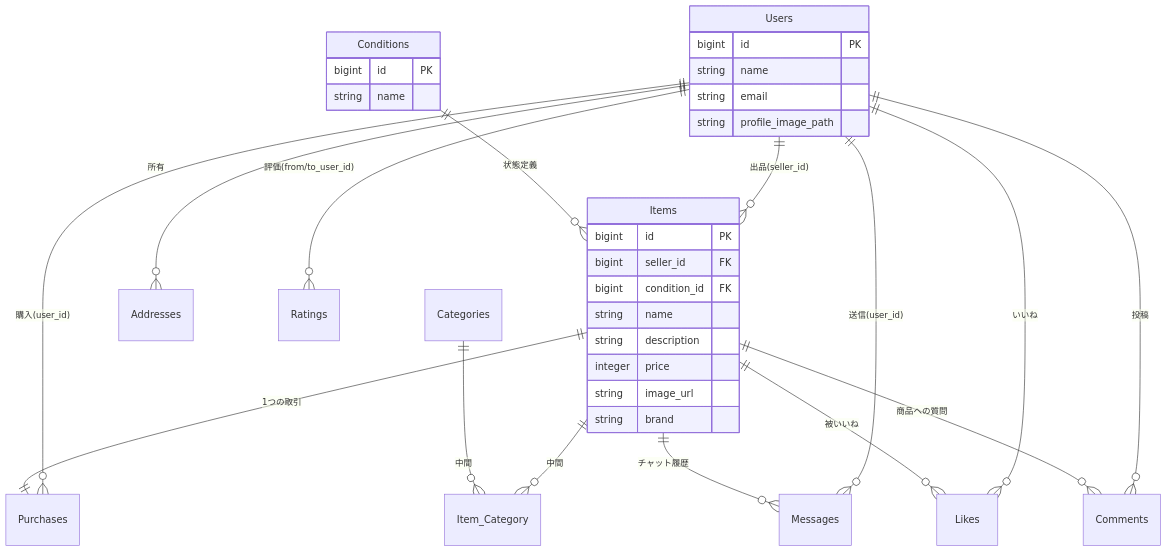
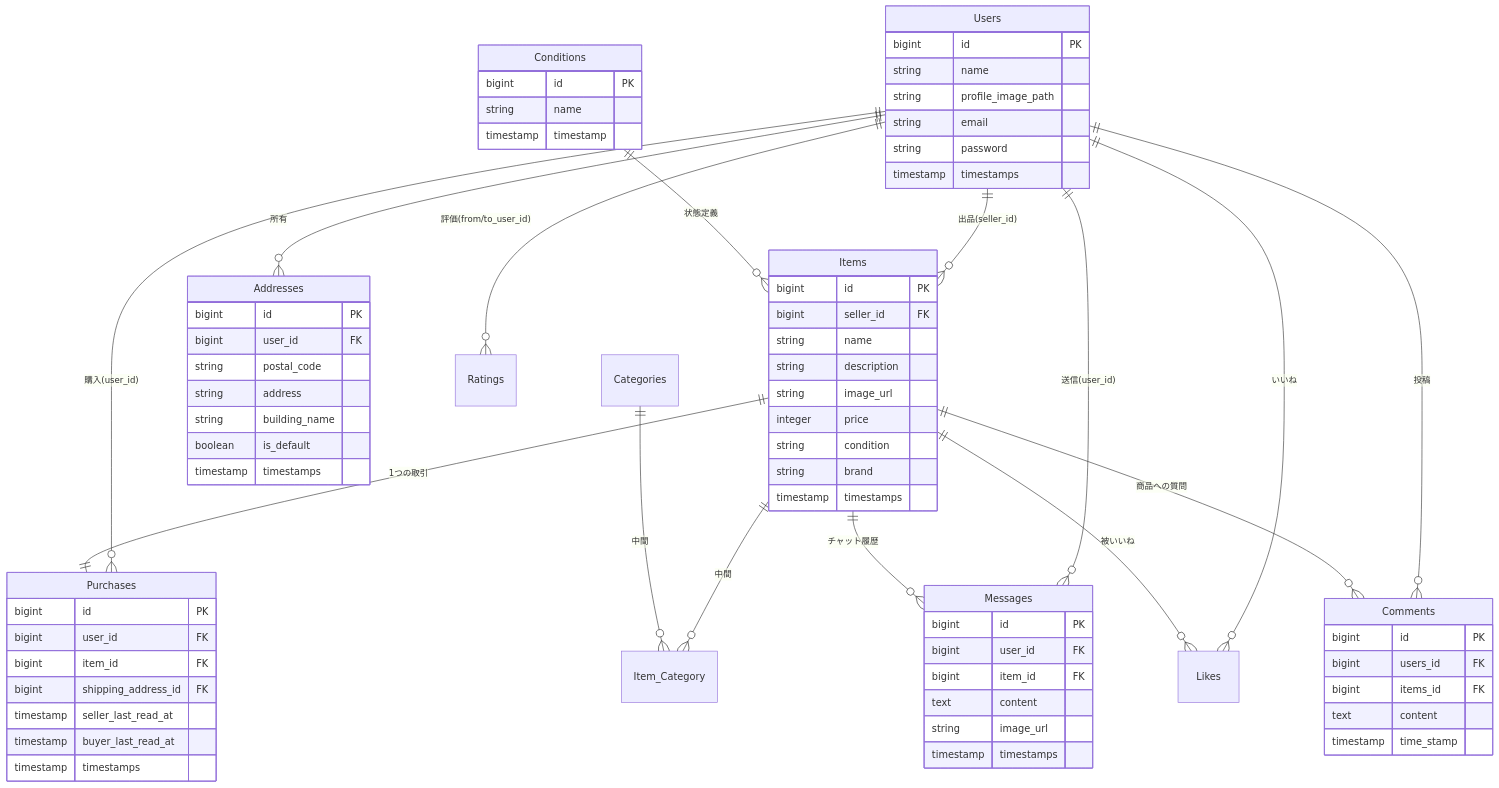
Before and after one commit to aya0605/mockcase-furima: the diagram in README.md, drawn with Mermaid.

Commit message:
README修正

````diff
--- a/README.md
+++ b/README.md
@@ -87,23 +87,64 @@
     Users {
         bigint id PK
         string name
+        string profile_image_path
         string email
-        string profile_image_path
+        string password
+        timestamp timestamps
+    }
+
+    Addresses {
+        bigint id PK
+        bigint user_id FK
+        string postal_code
+        string address
+        string building_name
+        boolean is_default
+        timestamp timestamps
     }
 
     Items {
         bigint id PK
         bigint seller_id FK
-        bigint condition_id FK
         string name
         string description
+        string image_url
         integer price
-        string image_url
+        string condition
         string brand
+        timestamp timestamps
     }
 
     Conditions {
         bigint id PK
         string name
+        timestamp timestamp
+    }
+
+    Purchases {
+        bigint id PK
+        bigint user_id FK
+        bigint item_id FK
+        bigint shipping_address_id FK
+        timestamp seller_last_read_at
+        timestamp buyer_last_read_at
+        timestamp timestamps
+    }
+
+    Messages {
+        bigint id PK
+        bigint user_id FK
+        bigint item_id FK
+        text content
+        string image_url
+        timestamp timestamps
+    }
+
+    Comments {
+        bigint id PK
+        bigint users_id FK
+        bigint items_id FK
+        text content
+        timestamp time_stamp
     }
 ```
````
